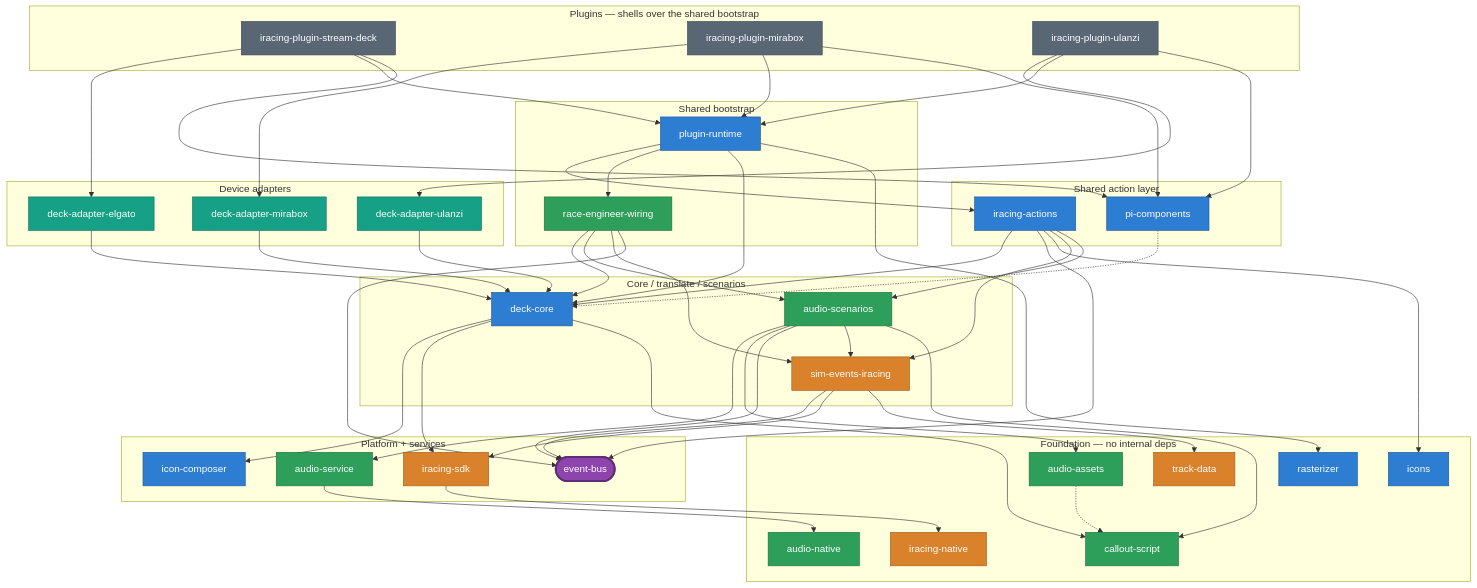
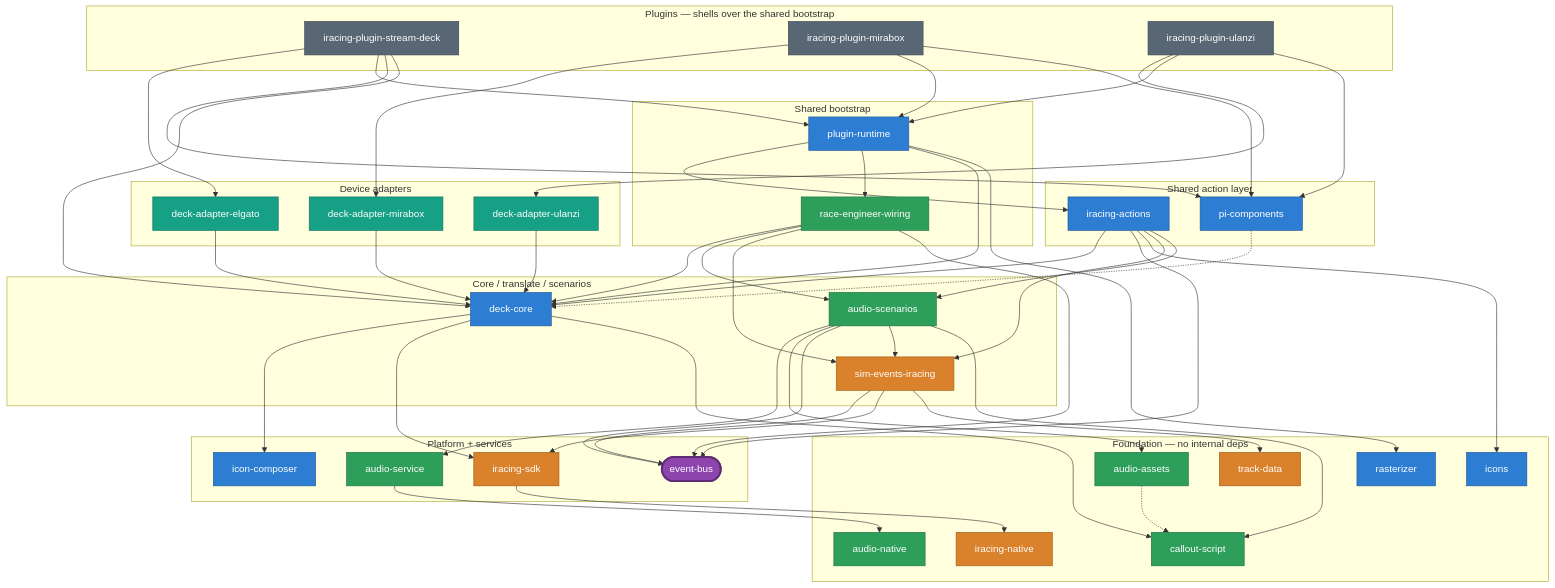
One commit to niklam/iracedeck changed the eighth of 8 diagrams in packages/website/src/content/docs/docs/development/architecture.md. Above: the diagram before and after it, drawn with Mermaid. The commit also changed other lines of this file, not shown here.

First line of the commit message:
docs(website): draw the Stream Deck plugin's deck-core import on the Architecture page

```diff
--- a/packages/website/src/content/docs/docs/development/architecture.md
+++ b/packages/website/src/content/docs/docs/development/architecture.md
@@ -349,6 +349,7 @@
   psd --> pic
   pmb --> pic
   pul --> pic
+  psd --> dc
 
   prt --> acts
   prt --> rew
```
